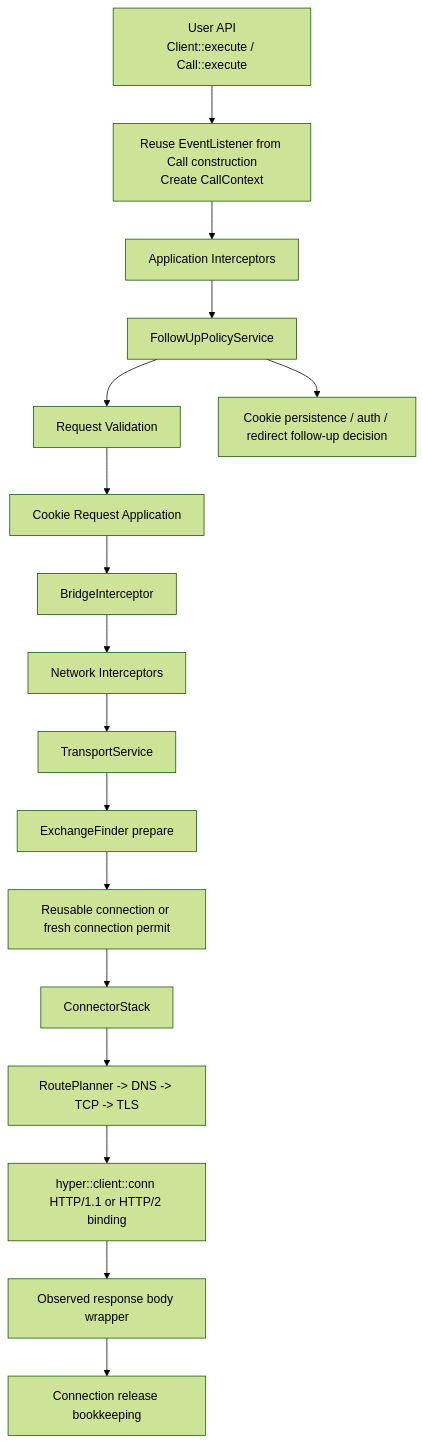
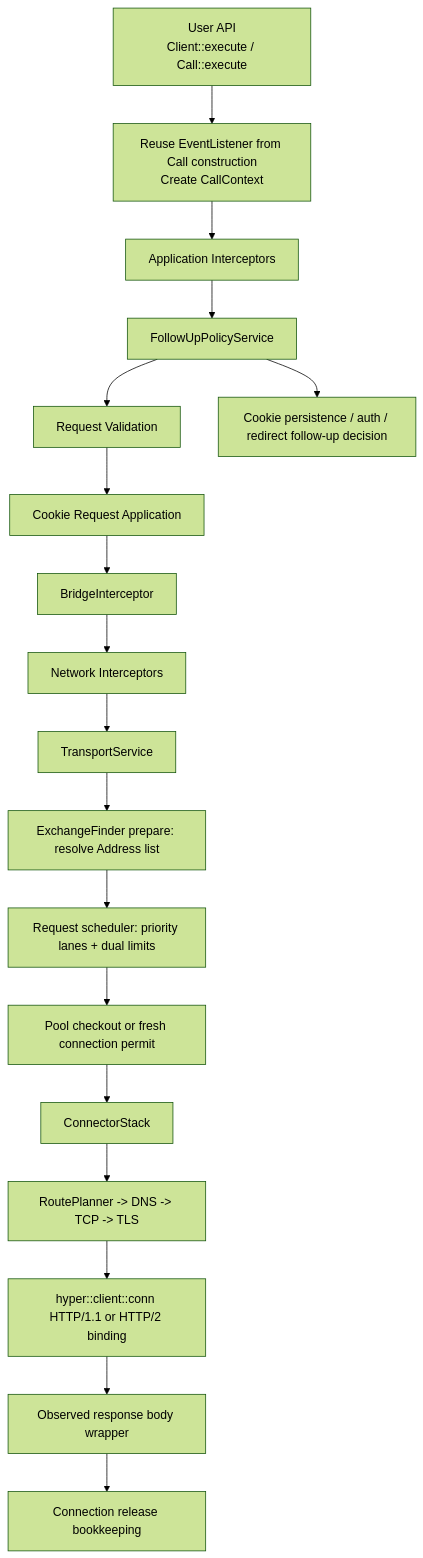
Before and after one commit to peterich-rs/openwire: the second of 4 diagrams in docs/ARCHITECTURE.md, drawn with Mermaid (forest theme). The commit also changed other lines of this file and 26 other files, not shown here.

Commit message:
feat: client-wide request scheduler and I/O control plane (#78)

````diff
--- a/docs/ARCHITECTURE.md
+++ b/docs/ARCHITECTURE.md
@@ -67,19 +67,20 @@
 ```mermaid
 flowchart TD
     A[User API<br/>Client::execute / Call::execute] --> B[Reuse EventListener from Call construction<br/>Create CallContext]
     B --> C[Application Interceptors]
     C --> D[FollowUpPolicyService]
     D --> E[Request Validation]
     E --> F[Cookie Request Application]
     F --> G[BridgeInterceptor]
     G --> H[Network Interceptors]
     H --> I[TransportService]
-    I --> J[ExchangeFinder prepare]
-    J --> K[Reusable connection or fresh connection permit]
+    I --> J[ExchangeFinder prepare: resolve Address list]
+    J --> JA[Request scheduler: priority lanes + dual limits]
+    JA --> K[Pool checkout or fresh connection permit]
     K --> L[ConnectorStack]
     L --> M[RoutePlanner -> DNS -> TCP -> TLS]
     M --> N[hyper::client::conn HTTP/1.1 or HTTP/2 binding]
     N --> O[Observed response body wrapper]
     O --> P[Connection release bookkeeping]
 D --> Q[Cookie persistence / auth / redirect follow-up decision]
 ```
````
